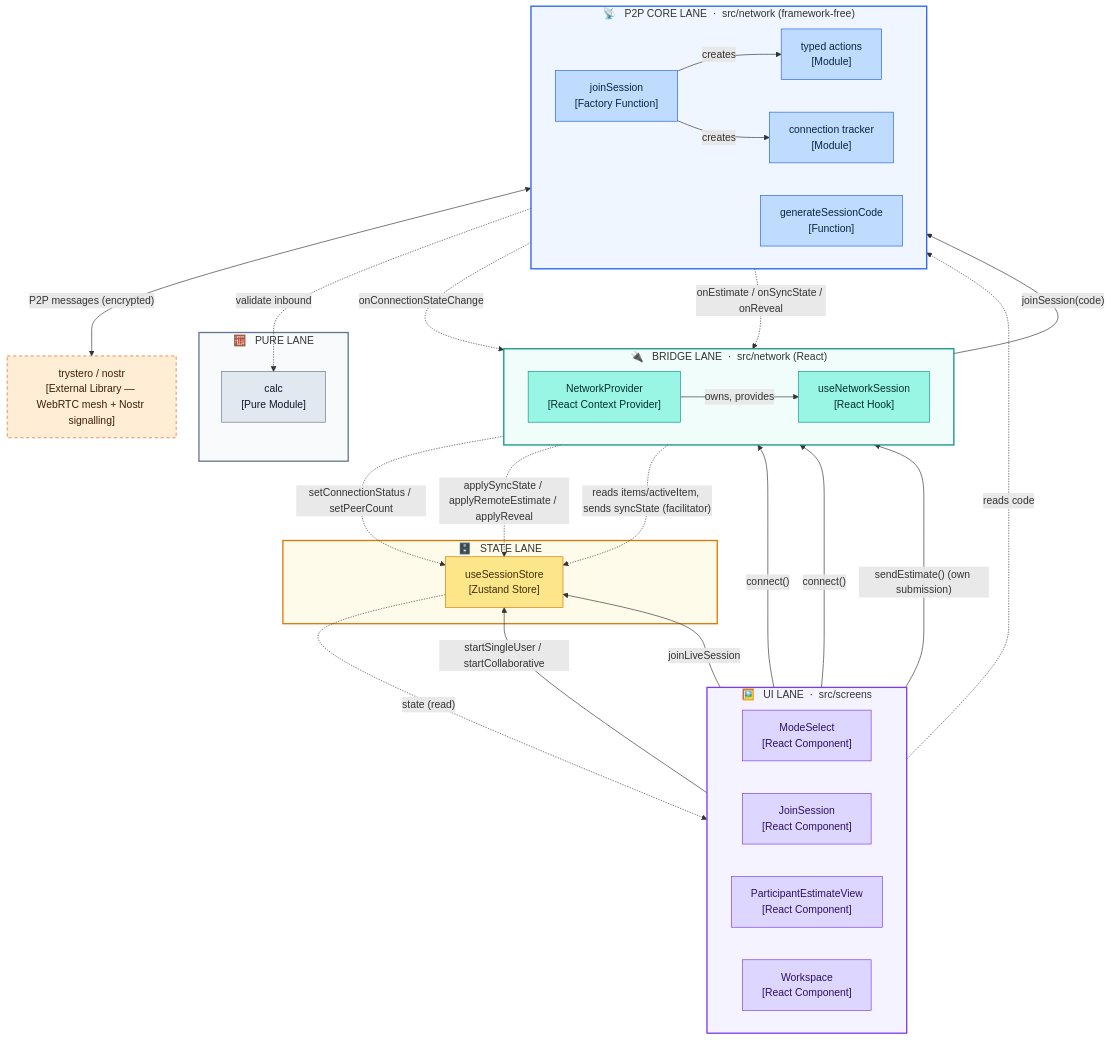
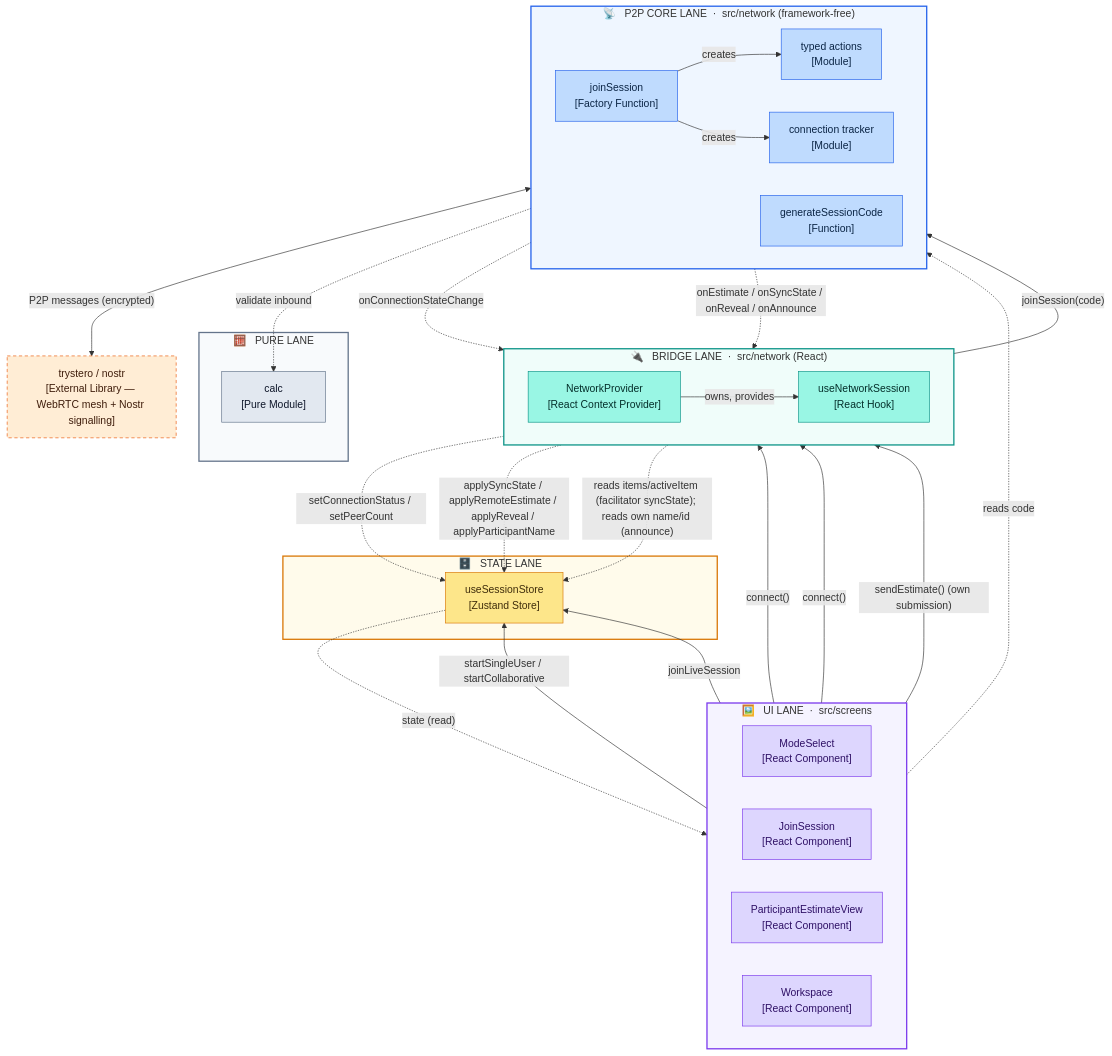
The first of 5 diagrams in docs/concepts/collaboration-mode.md (cfisch3r/estimate), drawn with Mermaid before and after one commit. The commit also changed other lines of this file and 11 other files, not shown here.

````diff
--- a/docs/concepts/collaboration-mode.md
+++ b/docs/concepts/collaboration-mode.md
@@ -21,77 +22,77 @@
 ```mermaid
 flowchart TD
   subgraph screens["🖼️ &nbsp; UI LANE &nbsp;·&nbsp; src/screens"]
     direction LR
     MS["ModeSelect<br/>[React Component]"]
     JS["JoinSession<br/>[React Component]"]
     PEV["ParticipantEstimateView<br/>[React Component]"]
     WS["Workspace<br/>[React Component]"]
   end
 
   subgraph statelane["🗄️ &nbsp; STATE LANE"]
     Store["useSessionStore<br/>[Zustand Store]"]
   end
 
   subgraph bridge["🔌 &nbsp; BRIDGE LANE &nbsp;·&nbsp; src/network (React)"]
     direction LR
     NP["NetworkProvider<br/>[React Context Provider]"]
     Hook["useNetworkSession<br/>[React Hook]"]
   end
 
   subgraph core["📡 &nbsp; P2P CORE LANE &nbsp;·&nbsp; src/network (framework-free)"]
     direction LR
     JSN["joinSession<br/>[Factory Function]"]
     Act["typed actions<br/>[Module]"]
     Conn["connection tracker<br/>[Module]"]
     Code["generateSessionCode<br/>[Function]"]
   end
 
   subgraph purelane["🧮 &nbsp; PURE LANE"]
     Calc["calc<br/>[Pure Module]"]
   end
 
   Trystero["trystero / nostr<br/>[External Library — WebRTC mesh + Nostr signalling]"]
 
   %% --- synchronous calls (solid) ---
   MS -->|"startSingleUser / startCollaborative"| Store
   JS -->|"joinLiveSession"| Store
   MS -->|"connect()"| Hook
   JS -->|"connect()"| Hook
   MS -.->|"reads code"| Code
   NP -->|"owns, provides"| Hook
   Hook -->|"joinSession(code)"| JSN
   PEV -->|"sendEstimate() (own submission)"| Hook
   JSN -->|"creates"| Act
   JSN -->|"creates"| Conn
   Act <-->|"P2P messages (encrypted)"| Trystero
   Act -.->|"validate inbound"| Calc
 
   %% --- asynchronous events / reads (dotted) ---
   Conn -.->|"onConnectionStateChange"| Hook
-  Act -.->|"onEstimate / onSyncState / onReveal"| NP
+  Act -.->|"onEstimate / onSyncState / onReveal / onAnnounce"| NP
   Hook -.->|"setConnectionStatus / setPeerCount"| Store
-  NP -.->|"applySyncState / applyRemoteEstimate / applyReveal"| Store
-  NP -.->|"reads items/activeItem, sends syncState (facilitator)"| Store
+  NP -.->|"applySyncState / applyRemoteEstimate / applyReveal / applyParticipantName"| Store
+  NP -.->|"reads items/activeItem (facilitator syncState); reads own name/id (announce)"| Store
   Store -.->|"state (read)"| screens
 
   %% --- lane + node colours ---
   classDef ui     fill:#DDD6FE,stroke:#7C3AED,color:#2E1065
   classDef state  fill:#FDE68A,stroke:#D97706,color:#3F2D0B
   classDef br     fill:#99F6E4,stroke:#0D9488,color:#042F2A
   classDef pcore  fill:#BFDBFE,stroke:#2563EB,color:#0B2545
   classDef pure   fill:#E2E8F0,stroke:#64748B,color:#0F172A
   classDef ext    fill:#FFEDD5,stroke:#EA580C,color:#3F1D0B,stroke-dasharray:5 4
 
   class MS,JS,PEV,WS ui
   class Store state
   class NP,Hook br
   class JSN,Act,Conn,Code pcore
   class Calc pure
   class Trystero ext
 
   style screens   fill:#F5F3FF,stroke:#7C3AED,stroke-width:2px
   style statelane fill:#FFFBEB,stroke:#D97706,stroke-width:2px
   style bridge    fill:#F0FDFA,stroke:#0D9488,stroke-width:2px
   style core      fill:#EFF6FF,stroke:#2563EB,stroke-width:2px
   style purelane  fill:#F8FAFC,stroke:#64748B,stroke-width:2px
 ```
````
